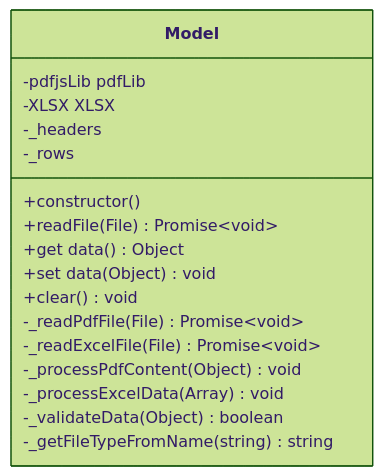
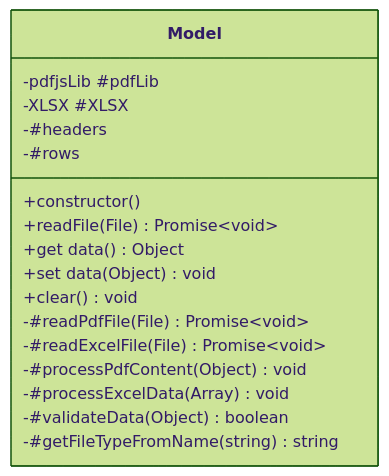
Before and after one commit to ahmetcankaratas/transformer: the third of 4 diagrams in HW1/JavaScript/README.md, drawn with Mermaid (forest theme). The commit also changed other lines of this file and 3 other files, not shown here.

````diff
--- a/HW1/JavaScript/README.md
+++ b/HW1/JavaScript/README.md
@@ -113,20 +113,20 @@
 ```mermaid
 classDiagram
     class Model {
-        -pdfjsLib pdfLib
-        -XLSX XLSX
-        -_headers
-        -_rows
+        -pdfjsLib #pdfLib
+        -XLSX #XLSX
+        -#headers
+        -#rows
         +constructor()
         +readFile(File) Promise~void~
         +get data() Object
         +set data(Object) void
         +clear() void
-        -_readPdfFile(File) Promise~void~
-        -_readExcelFile(File) Promise~void~
-        -_processPdfContent(Object) void
-        -_processExcelData(Array) void
-        -_validateData(Object) boolean
-        -_getFileTypeFromName(string) string
+        -#readPdfFile(File) Promise~void~
+        -#readExcelFile(File) Promise~void~
+        -#processPdfContent(Object) void
+        -#processExcelData(Array) void
+        -#validateData(Object) boolean
+        -#getFileTypeFromName(string) string
     }
 ```
````
